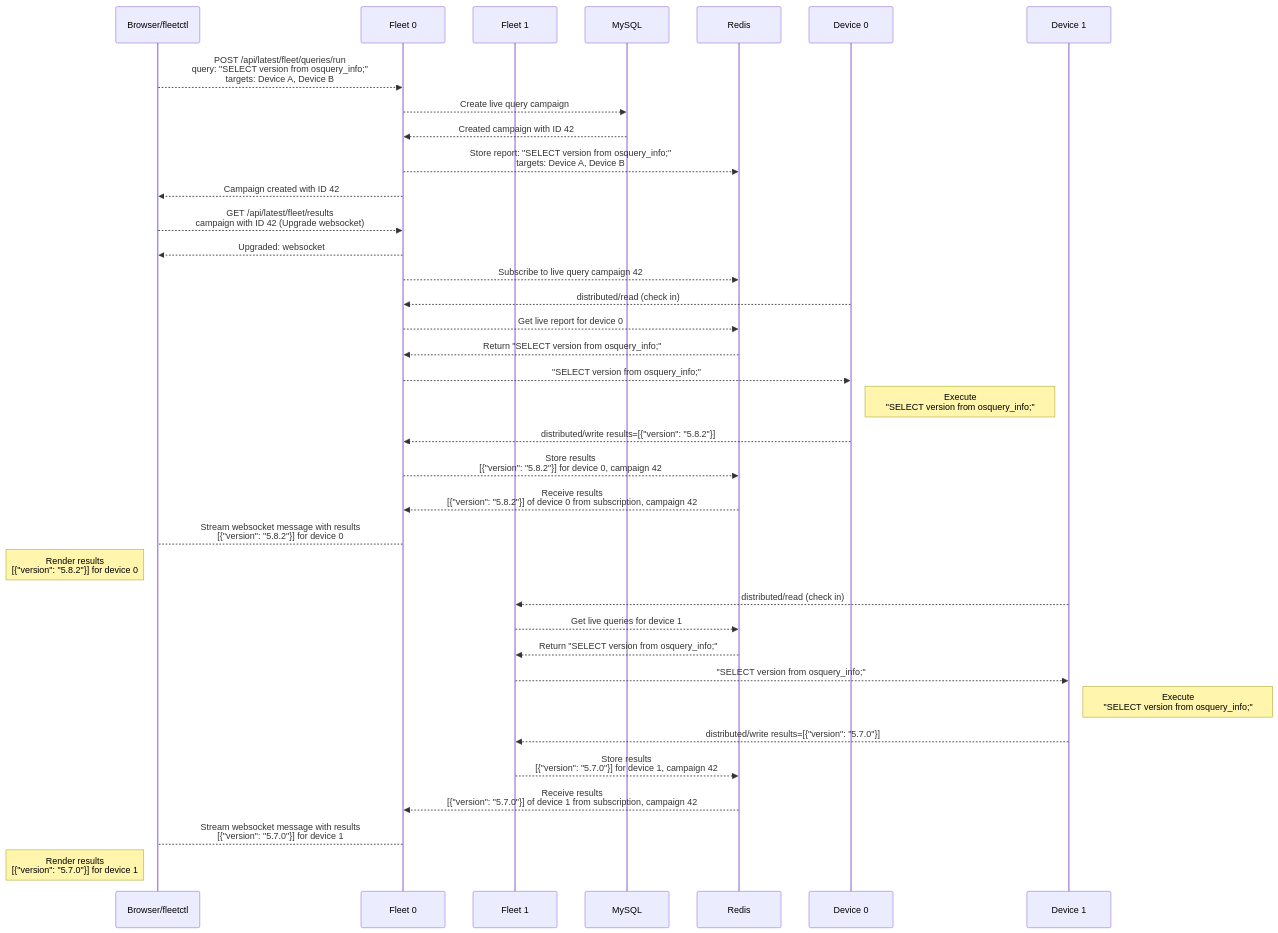
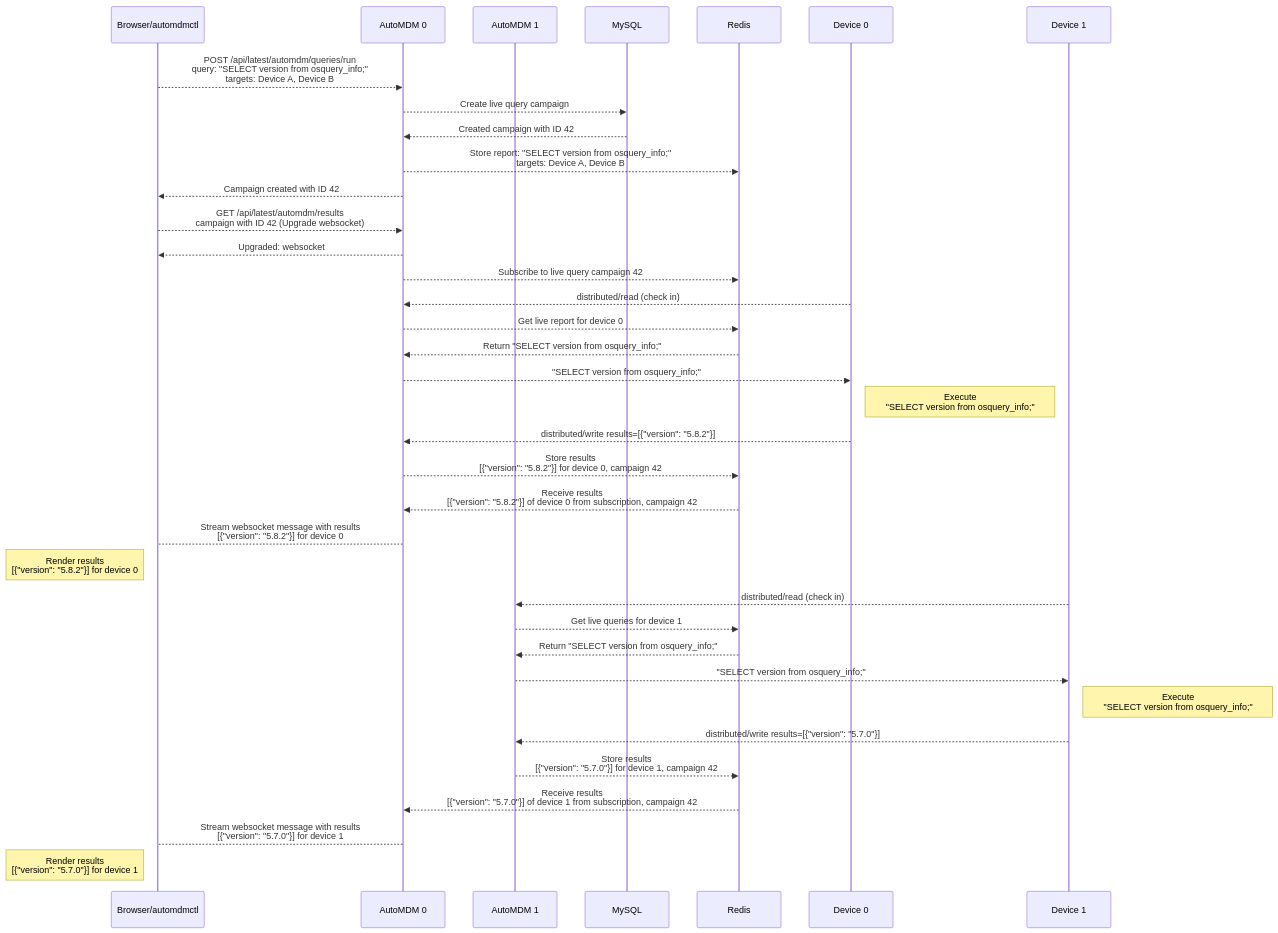
Before and after one commit to anilyagiz/AutoMDM: the diagram in docs/Contributing/guides/troubleshooting-live-queries.md, drawn with Mermaid. The commit also changed other lines of this file and 7979 other files, not shown here.

First line of the commit message:
Rebrand Fleet as AutoMDM (mechanical pass)

````diff
--- a/docs/Contributing/guides/troubleshooting-live-queries.md
+++ b/docs/Contributing/guides/troubleshooting-live-queries.md
@@ -7,49 +7,49 @@
 ```mermaid
 
 sequenceDiagram
-    participant browser as Browser/fleetctl;
-    participant fleet as Fleet 0;
-    participant fleet2 as Fleet 1;
+    participant browser as Browser/automdmctl;
+    participant automdm as AutoMDM 0;
+    participant automdm2 as AutoMDM 1;
     participant mysql as MySQL;
     participant redis as Redis;
     participant device0 as Device 0;
     participant device1 as Device 1;
 
     # Start live query campaign (stage 1)
-    browser-->>fleet: POST /api/latest/fleet/queries/run<br>query: "SELECT version from osquery_info#59;"<br>targets: Device A, Device B;
-    fleet-->>mysql: Create live query campaign;
-    mysql-->>fleet: Created campaign with ID 42;
-    fleet-->>redis: Store report: "SELECT version from osquery_info#59;"<br>targets: Device A, Device B;
-    fleet-->>browser: Campaign created with ID 42;
+    browser-->>automdm: POST /api/latest/automdm/queries/run<br>query: "SELECT version from osquery_info#59;"<br>targets: Device A, Device B;
+    automdm-->>mysql: Create live query campaign;
+    mysql-->>automdm: Created campaign with ID 42;
+    automdm-->>redis: Store report: "SELECT version from osquery_info#59;"<br>targets: Device A, Device B;
+    automdm-->>browser: Campaign created with ID 42;
 
     # Subscribe for live query campaign (stage 2)
-    browser-->>fleet: GET /api/latest/fleet/results<br>campaign with ID 42 (Upgrade websocket);
-    fleet-->>browser: Upgraded: websocket;
-    fleet-->>redis: Subscribe to live query campaign 42;
+    browser-->>automdm: GET /api/latest/automdm/results<br>campaign with ID 42 (Upgrade websocket);
+    automdm-->>browser: Upgraded: websocket;
+    automdm-->>redis: Subscribe to live query campaign 42;
 
     # Device0 checks in, run query and send results back (stage 3)
-    device0-->>fleet: distributed/read (check in);
-    fleet-->>redis: Get live report for device 0;
-    redis-->>fleet: Return "SELECT version from osquery_info#59;";
-    fleet-->>device0: "SELECT version from osquery_info#59;";
+    device0-->>automdm: distributed/read (check in);
+    automdm-->>redis: Get live report for device 0;
+    redis-->>automdm: Return "SELECT version from osquery_info#59;";
+    automdm-->>device0: "SELECT version from osquery_info#59;";
     note right of device0: Execute<br>"SELECT version from osquery_info#59;";
-    device0-->>fleet: distributed/write results=[{"version": "5.8.2"}];
-    fleet-->>redis: Store results<br>[{"version": "5.8.2"}] for device 0, campaign 42;
+    device0-->>automdm: distributed/write results=[{"version": "5.8.2"}];
+    automdm-->>redis: Store results<br>[{"version": "5.8.2"}] for device 0, campaign 42;
 
-    redis-->>fleet: Receive results<br>[{"version": "5.8.2"}] of device 0 from subscription, campaign 42;
-    fleet-->browser: Stream websocket message with results<br>[{"version": "5.8.2"}] for device 0;
+    redis-->>automdm: Receive results<br>[{"version": "5.8.2"}] of device 0 from subscription, campaign 42;
+    automdm-->browser: Stream websocket message with results<br>[{"version": "5.8.2"}] for device 0;
     note left of browser: Render results<br>[{"version": "5.8.2"}] for device 0;
     
     # Device1 checks in, run query and send results back (stage 3)
-    device1-->>fleet2: distributed/read (check in);
-    fleet2-->>redis: Get live queries for device 1;
-    redis-->>fleet2: Return "SELECT version from osquery_info#59;";
-    fleet2-->>device1: "SELECT version from osquery_info#59;";
+    device1-->>automdm2: distributed/read (check in);
+    automdm2-->>redis: Get live queries for device 1;
+    redis-->>automdm2: Return "SELECT version from osquery_info#59;";
+    automdm2-->>device1: "SELECT version from osquery_info#59;";
     note right of device1: Execute<br>"SELECT version from osquery_info#59;";
-    device1-->>fleet2: distributed/write results=[{"version": "5.7.0"}];
-    fleet2-->>redis: Store results<br>[{"version": "5.7.0"}] for device 1, campaign 42;
+    device1-->>automdm2: distributed/write results=[{"version": "5.7.0"}];
+    automdm2-->>redis: Store results<br>[{"version": "5.7.0"}] for device 1, campaign 42;
     
-    redis-->>fleet: Receive results<br>[{"version": "5.7.0"}] of device 1 from subscription, campaign 42;
-    fleet-->browser: Stream websocket message with results<br>[{"version": "5.7.0"}] for device 1;
+    redis-->>automdm: Receive results<br>[{"version": "5.7.0"}] of device 1 from subscription, campaign 42;
+    automdm-->browser: Stream websocket message with results<br>[{"version": "5.7.0"}] for device 1;
     note left of browser: Render results<br>[{"version": "5.7.0"}] for device 1;
 ```
````
